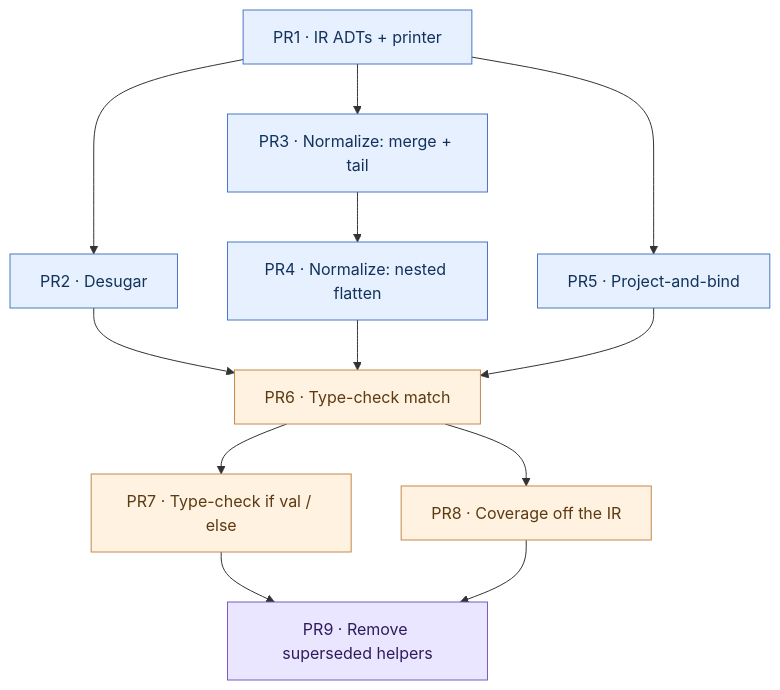
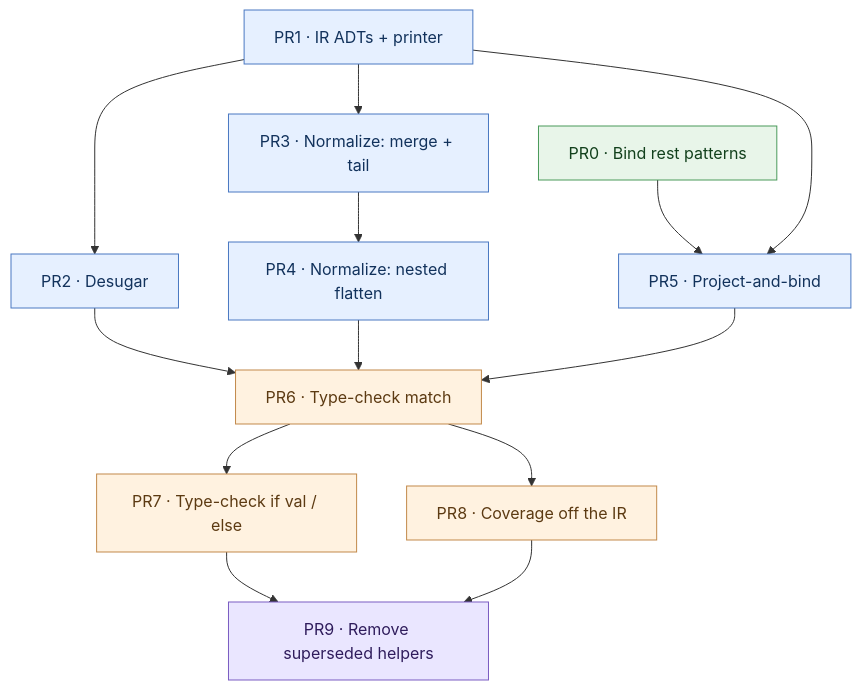
Before and after one commit to escalier-lang/escalier: the diagram in planning/ucs/implementation_plan.md, drawn with Mermaid. The commit also changed other lines of this file, not shown here.

First line of the commit message:
Add PR0 prerequisite: wire rest-pattern binding onto M9's types

````diff
--- a/planning/ucs/implementation_plan.md
+++ b/planning/ucs/implementation_plan.md
@@ -656,31 +691,35 @@
 ```mermaid
 graph TD
+    PR0["PR0 · Bind rest patterns"]
     PR1["PR1 · IR ADTs + printer"]
     PR2["PR2 · Desugar"]
     PR3["PR3 · Normalize: merge + tail"]
     PR4["PR4 · Normalize: nested flatten"]
     PR5["PR5 · Project-and-bind"]
     PR6["PR6 · Type-check match"]
     PR7["PR7 · Type-check if val / else"]
     PR8["PR8 · Coverage off the IR"]
     PR9["PR9 · Remove superseded helpers"]
 
+    PR0 --> PR5
     PR1 --> PR2
     PR1 --> PR3
     PR1 --> PR5
     PR3 --> PR4
     PR2 --> PR6
     PR4 --> PR6
     PR5 --> PR6
     PR6 --> PR7
     PR6 --> PR8
     PR7 --> PR9
     PR8 --> PR9
 
+    classDef prereq fill:#e8f5e9,stroke:#4a9a5a,color:#12401c;
     classDef pure fill:#e6f0ff,stroke:#4a78c2,color:#12325c;
     classDef behavior fill:#fff2e0,stroke:#c2894a,color:#5c3a12;
     classDef cleanup fill:#eae6ff,stroke:#7a5cc2,color:#2f1c5c;
+    class PR0 prereq;
     class PR1,PR2,PR3,PR4,PR5 pure;
     class PR6,PR7,PR8 behavior;
     class PR9 cleanup;
 ```
````
